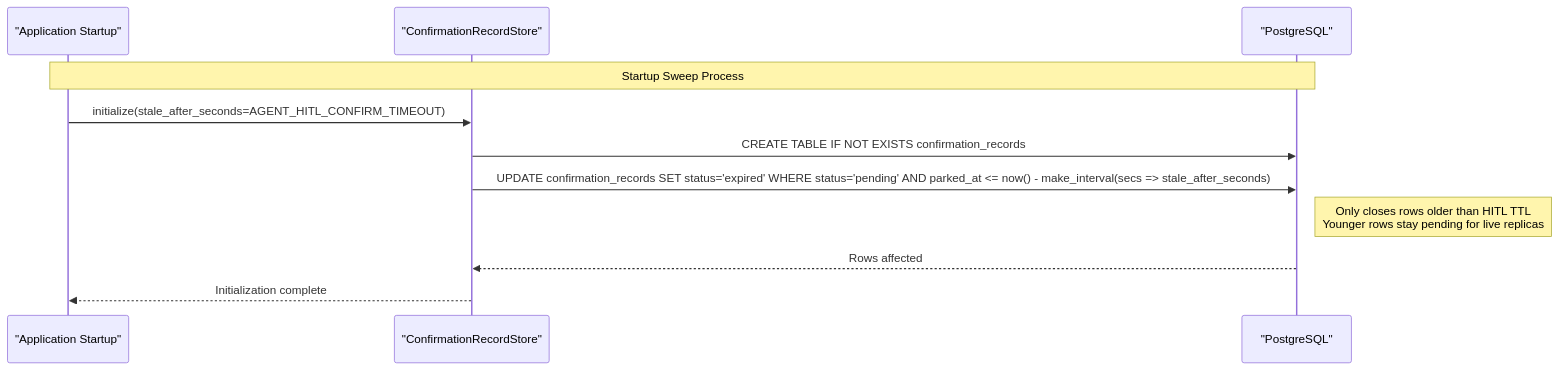
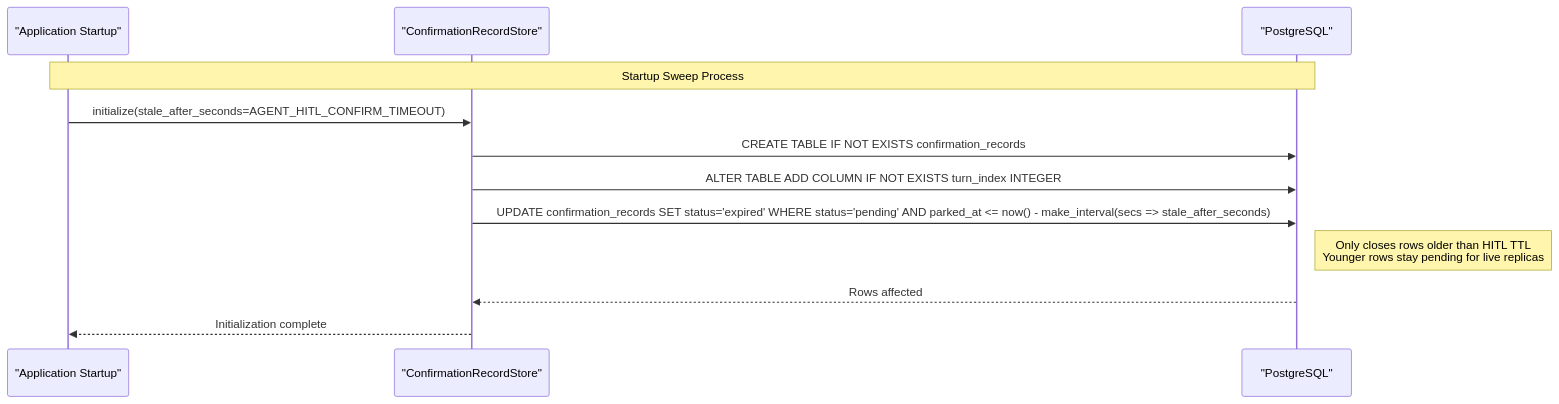
The sixth of 33 diagrams in .qoder/repowiki/en/content/Agent Platform Service/Agent Platform Service.md (metasync/luban-aiops), drawn with Mermaid before and after one commit. The commit also changed other lines of this file and 5 other files, not shown here.

````diff
--- a/.qoder/repowiki/en/content/Agent Platform Service/Agent Platform Service.md
+++ b/.qoder/repowiki/en/content/Agent Platform Service/Agent Platform Service.md
@@ -537,13 +561,14 @@
 ```mermaid
 sequenceDiagram
 participant App as "Application Startup"
 participant Store as "ConfirmationRecordStore"
 participant DB as "PostgreSQL"
 Note over App,DB : Startup Sweep Process
 App->>Store : initialize(stale_after_seconds=AGENT_HITL_CONFIRM_TIMEOUT)
 Store->>DB : CREATE TABLE IF NOT EXISTS confirmation_records
+Store->>DB : ALTER TABLE ADD COLUMN IF NOT EXISTS turn_index INTEGER
 Store->>DB : UPDATE confirmation_records SET status='expired' WHERE status='pending' AND parked_at <= now() - make_interval(secs => stale_after_seconds)
 Note right of DB : Only closes rows older than HITL TTL<br/>Younger rows stay pending for live replicas
 DB-->>Store : Rows affected
 Store-->>App : Initialization complete
 ```
````
